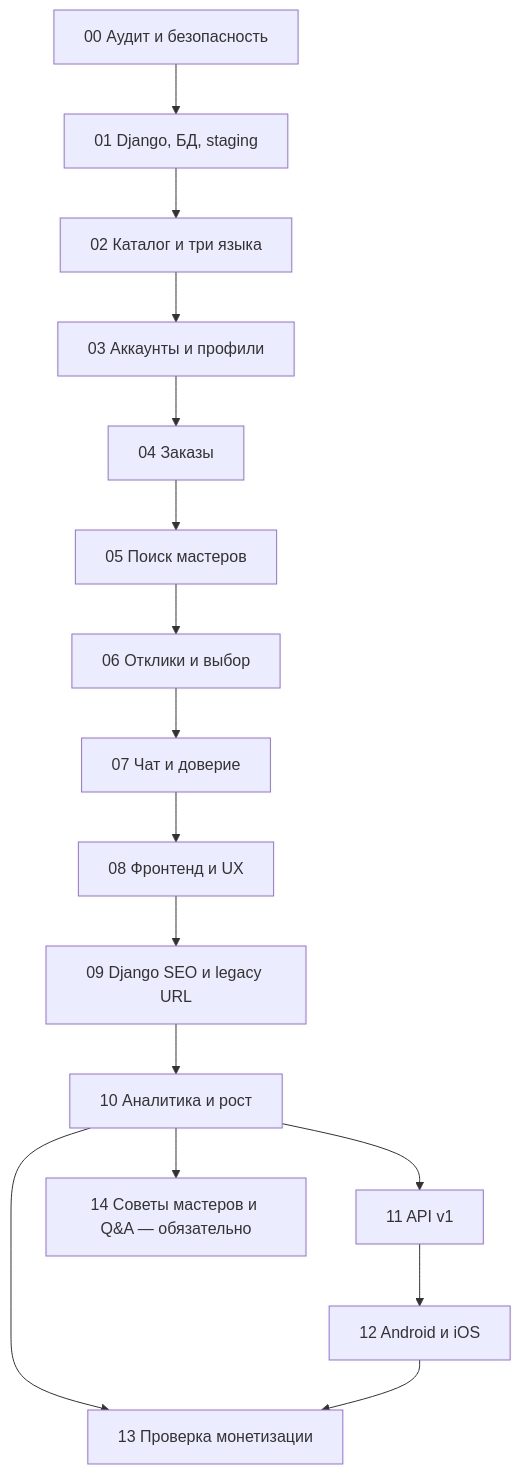
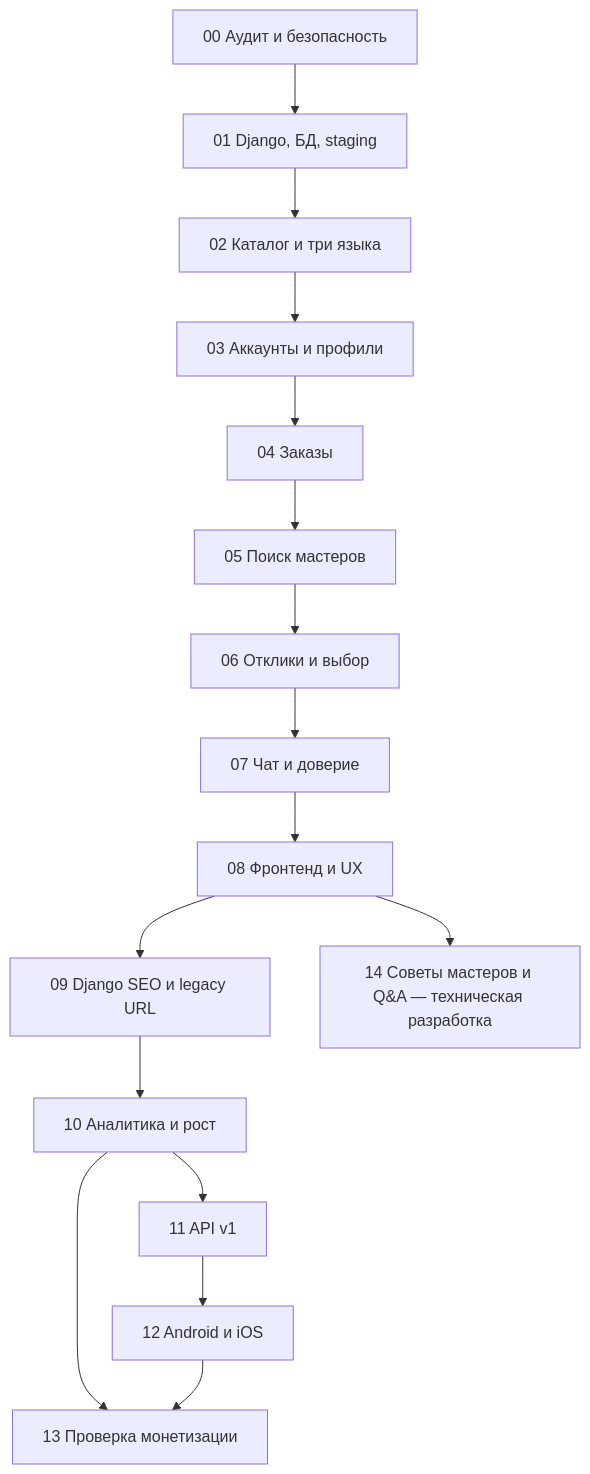
Before and after one commit to maxim9362/zemiPro_site_django: the diagram in docs/ROADMAP.md, drawn with Mermaid. The commit also changed other lines of this file and 13 other files, not shown here.

Commit message:
stage14.1: define isolated expert article domain, safe schema and rollout gates

````diff
--- a/docs/ROADMAP.md
+++ b/docs/ROADMAP.md
@@ -82,18 +84,18 @@
 ```mermaid
 flowchart TD
     A[00 Аудит и безопасность] --> B[01 Django, БД, staging]
     B --> C[02 Каталог и три языка]
     C --> D[03 Аккаунты и профили]
     D --> E[04 Заказы]
     E --> F[05 Поиск мастеров]
     F --> G[06 Отклики и выбор]
     G --> H[07 Чат и доверие]
     H --> U[08 Фронтенд и UX]
     U --> I[09 Django SEO и legacy URL]
     I --> J[10 Аналитика и рост]
     J --> K[11 API v1]
     K --> L[12 Android и iOS]
     J --> M[13 Проверка монетизации]
-    J --> N[14 Советы мастеров и Q&A — обязательно]
+    U --> N[14 Советы мастеров и Q&A — техническая разработка]
     L --> M
 ```
````
